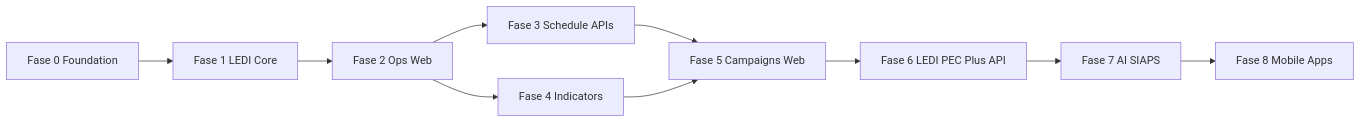
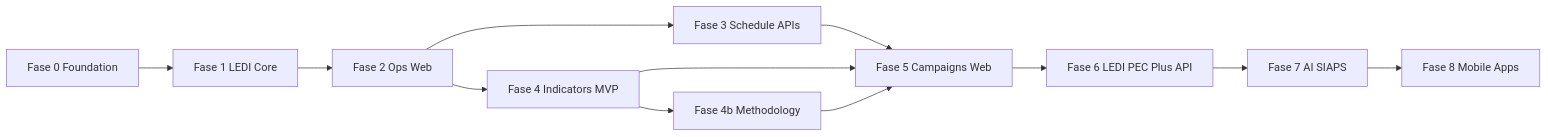
One commit to tiagocassio/cidadaobr changed diagram 16 of 17 in docs/padrão_ledi_e-sus_4f004208.plan.md. Above: the diagram before and after it, drawn with Mermaid. The commit also changed other lines of this file and 65 other files, not shown here.

````diff
--- a/docs/padrão_ledi_e-sus_4f004208.plan.md
+++ b/docs/padrão_ledi_e-sus_4f004208.plan.md
@@ -2492,21 +2523,24 @@
 ```mermaid
 flowchart LR
   p0[Fase 0 Foundation]
   p1[Fase 1 LEDI Core]
   p2[Fase 2 Ops Web]
   p3[Fase 3 Schedule APIs]
-  p4[Fase 4 Indicators]
+  p4[Fase 4 Indicators MVP]
+  p4b[Fase 4b Methodology]
   p5[Fase 5 Campaigns Web]
   p6[Fase 6 LEDI PEC Plus API]
   p7[Fase 7 AI SIAPS]
   p8[Fase 8 Mobile Apps]
 
   p0 --> p1 --> p2
   p2 --> p3
   p2 --> p4
   p3 --> p5
+  p4 --> p4b
   p4 --> p5
+  p4b --> p5
   p5 --> p6
   p6 --> p7
   p7 --> p8
 ```
````
